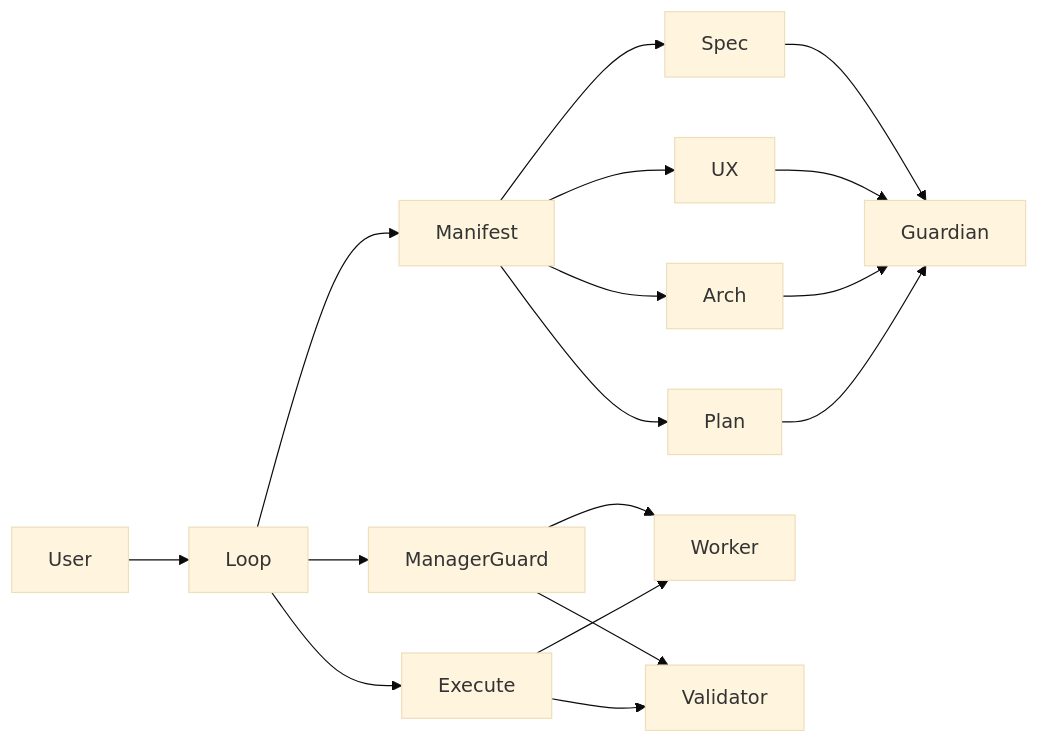
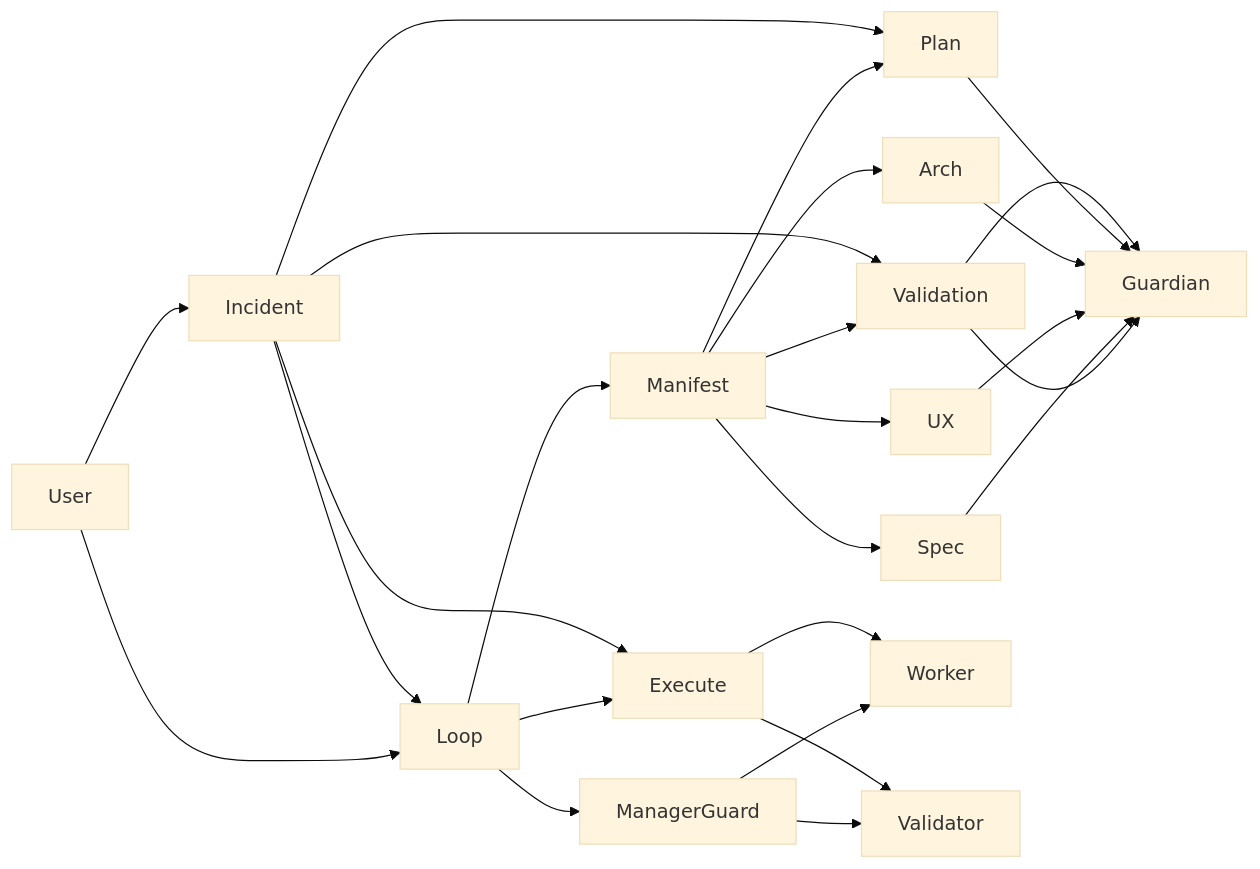
The diagram in memory/feature-workflow/README.md (allanbatista/my-pi-packages), drawn with Mermaid (base theme) before and after one commit. The commit also changed other lines of this file and 18 other files, not shown here.

Commit message:
feat: add batista-validation and batista-incident skills

````diff
--- a/memory/feature-workflow/README.md
+++ b/memory/feature-workflow/README.md
@@ -21,16 +23,23 @@
 ```mermaid
 flowchart LR
   User --> Loop
+  User --> Incident
+  Incident --> Loop
   Loop --> Manifest
   Manifest --> Spec
   Manifest --> UX
   Manifest --> Arch
   Manifest --> Plan
+  Manifest --> Validation
+  Validation --> Guardian
   Loop --> Execute
   Loop --> ManagerGuard
   ManagerGuard --> Worker
   ManagerGuard --> Validator
   Execute --> Worker
   Execute --> Validator
-  Spec & UX & Arch & Plan --> Guardian
+  Incident --> Plan
+  Incident --> Validation
+  Incident --> Execute
+  Spec & UX & Arch & Plan & Validation --> Guardian
 ```
````
